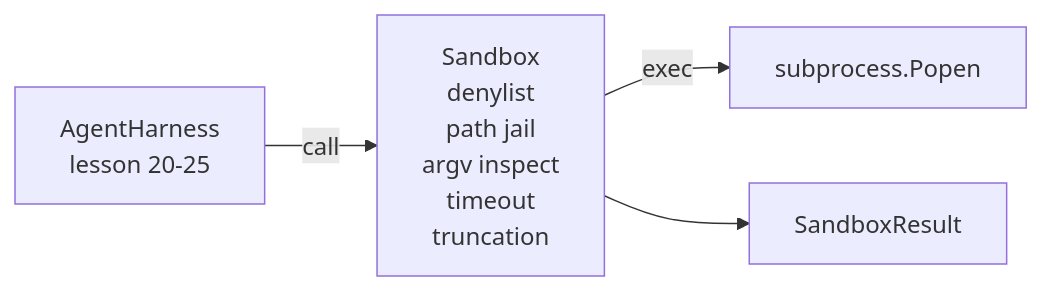
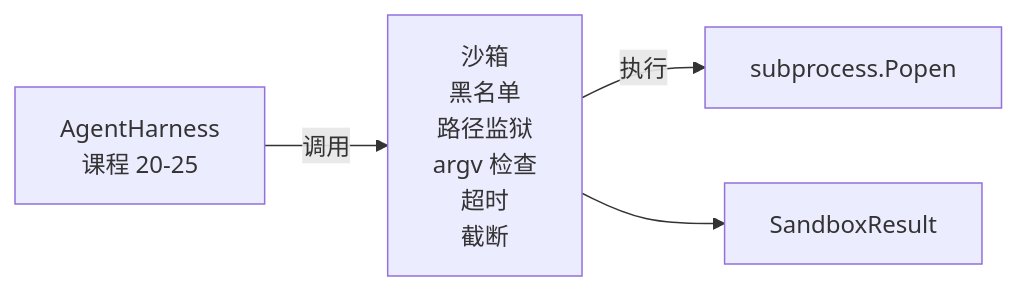
The second of 2 diagrams in lessons/19-capstone-projects/26-sandbox-runner-denylist/docs/zh.md (guangningsun/ailearning), drawn with Mermaid before and after one commit. The commit also changed other lines of this file and 85 other files, not shown here.

````diff
--- a/lessons/19-capstone-projects/26-sandbox-runner-denylist/docs/zh.md
+++ b/lessons/19-capstone-projects/26-sandbox-runner-denylist/docs/zh.md
@@ -51,6 +51,6 @@
 ```mermaid
 flowchart LR
-  Harness[AgentHarness<br/>lesson 20-25] -->|call| Sandbox[Sandbox<br/>denylist<br/>path jail<br/>argv inspect<br/>timeout<br/>truncation]
-  Sandbox -->|exec| Popen[subprocess.Popen]
+  Harness[AgentHarness<br/>课程 20-25] -->|调用| Sandbox[沙箱<br/>黑名单<br/>路径监狱<br/>argv 检查<br/>超时<br/>截断]
+  Sandbox -->|执行| Popen[subprocess.Popen]
   Sandbox --> Result[SandboxResult]
 ```
````
